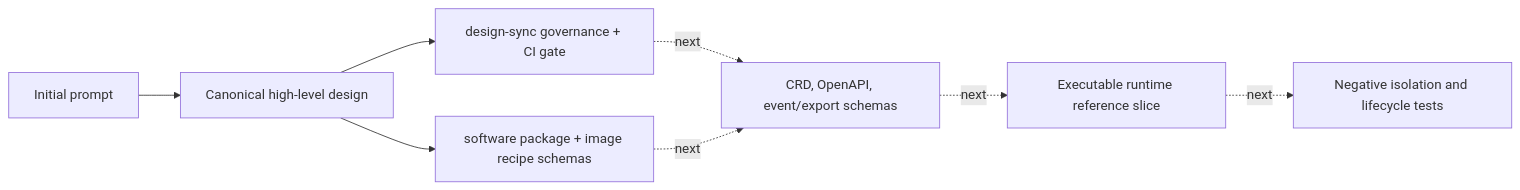
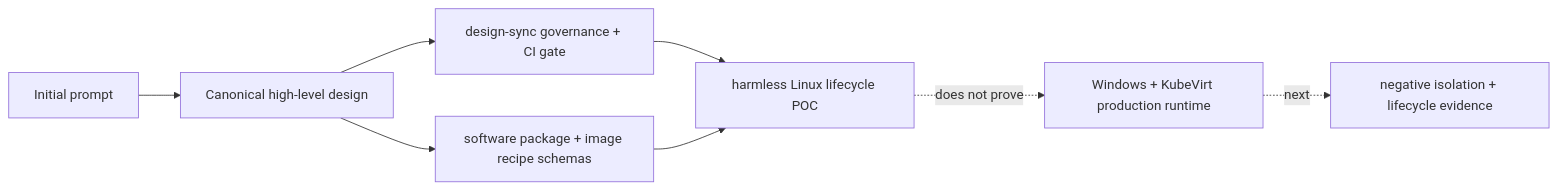
Before and after one commit to diaryfolio/MalZone: the diagram in docs/design/high-level/00-implementation-conformance.md, drawn with Mermaid. The commit also changed other lines of this file and 42 other files, not shown here.

````diff
--- a/docs/design/high-level/00-implementation-conformance.md
+++ b/docs/design/high-level/00-implementation-conformance.md
@@ -15,9 +15,9 @@
 ```mermaid
 flowchart LR
     Prompt["Initial prompt"] --> Design["Canonical high-level design"]
     Design --> Governance["design-sync governance + CI gate"]
     Design --> SoftwareContracts["software package + image recipe schemas"]
-    Governance & SoftwareContracts -. "next" .-> Contracts["CRD, OpenAPI, event/export schemas"]
-    Contracts -. "next" .-> Reference["Executable runtime reference slice"]
-    Reference -. "next" .-> Cluster["Negative isolation and lifecycle tests"]
+    Governance & SoftwareContracts --> POC["harmless Linux lifecycle POC"]
+    POC -. "does not prove" .-> Production["Windows + KubeVirt production runtime"]
+    Production -. "next" .-> Cluster["negative isolation + lifecycle evidence"]
 ```
````
